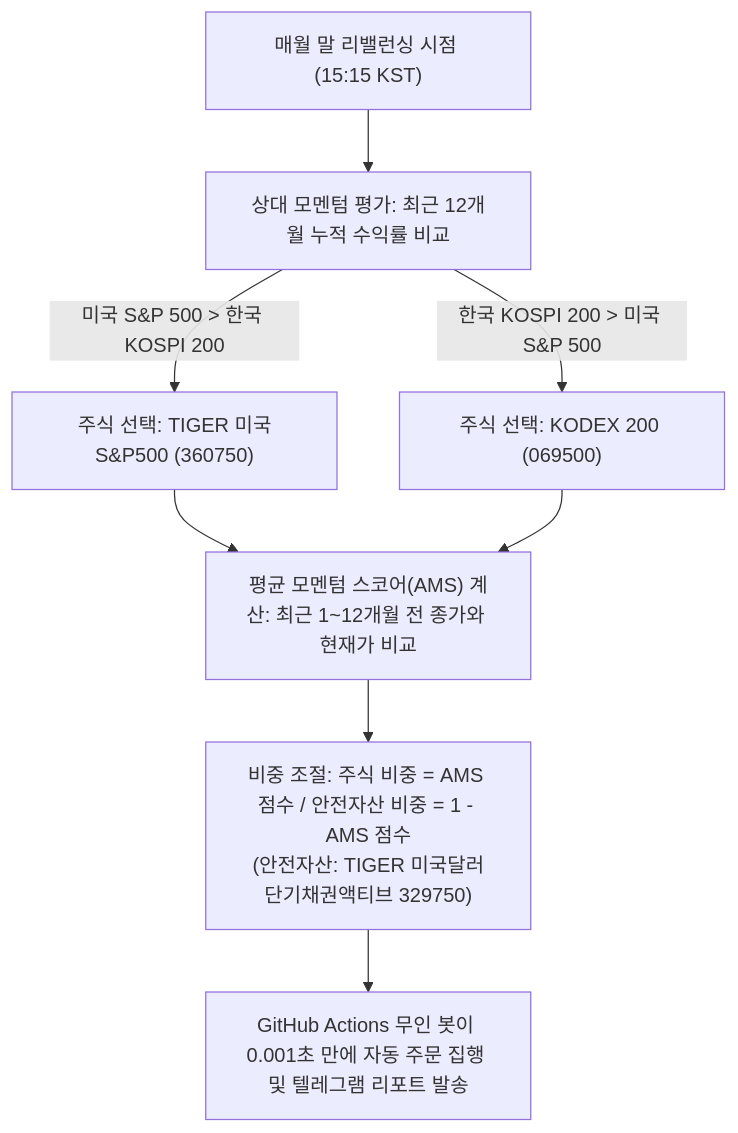
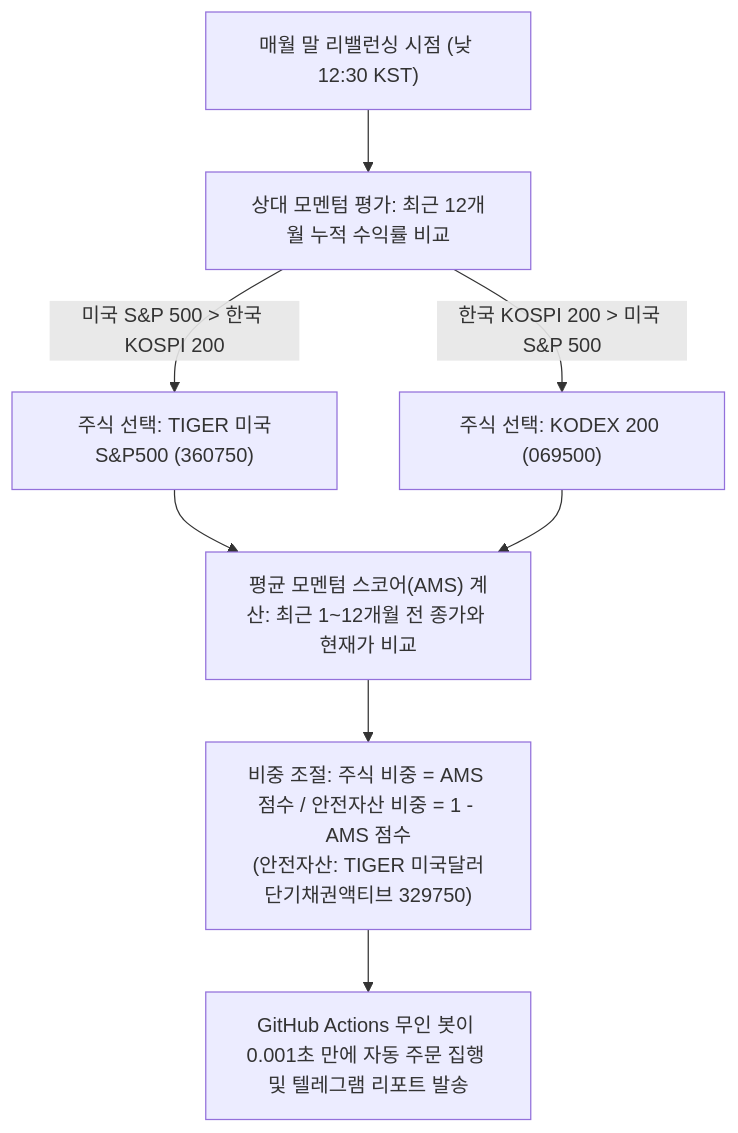
One commit to hyh54311-dev/jinhae-admission-system changed the diagram in retirement_savings_dual_momentum_guide.md. Above: the diagram before and after it, drawn with Mermaid. The commit also changed other lines of this file, not shown here.

Commit message:
Docs: Update Section 4.1 STEP 3 with 12:30 KST time consistency and Cron 17-31 range architecture Q&A tip

````diff
--- a/retirement_savings_dual_momentum_guide.md
+++ b/retirement_savings_dual_momentum_guide.md
@@ -471,10 +471,10 @@
 ```mermaid
 graph TD
-    A["매월 말 리밸런싱 시점 (15:15 KST)"] --> B["상대 모멘텀 평가: 최근 12개월 누적 수익률 비교"]
+    A["매월 말 리밸런싱 시점 (낮 12:30 KST)"] --> B["상대 모멘텀 평가: 최근 12개월 누적 수익률 비교"]
     B -- "미국 S&P 500 > 한국 KOSPI 200" --> C["주식 선택: TIGER 미국S&P500 (360750)"]
     B -- "한국 KOSPI 200 > 미국 S&P 500" --> D["주식 선택: KODEX 200 (069500)"]
     C --> E["평균 모멘텀 스코어(AMS) 계산: 최근 1~12개월 전 종가와 현재가 비교"]
     D --> E
     E --> F["비중 조절: 주식 비중 = AMS 점수 / 안전자산 비중 = 1 - AMS 점수<br>(안전자산: TIGER 미국달러단기채권액티브 329750)"]
     F --> G["GitHub Actions 무인 봇이 0.001초 만에 자동 주문 집행 및 텔레그램 리포트 발송"]
 ```
````
